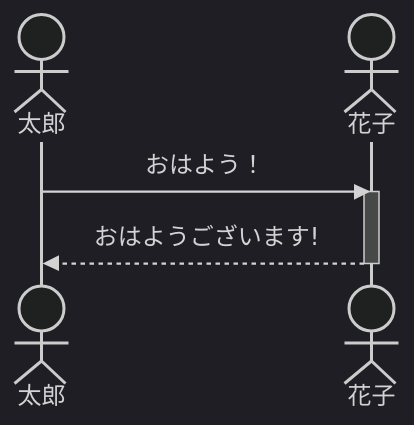
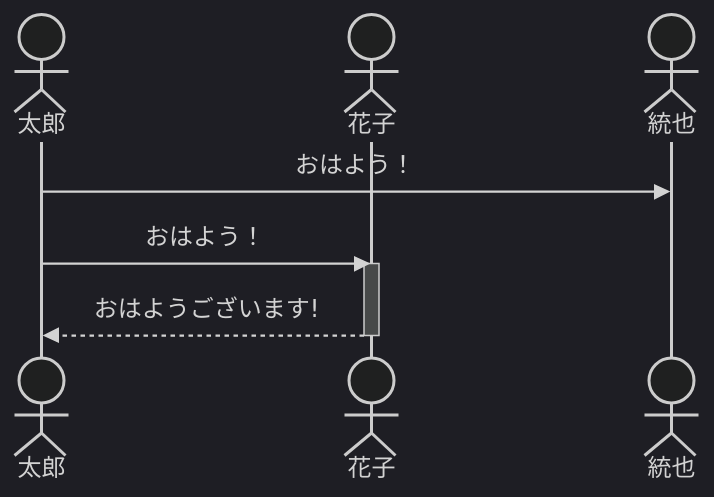
Before and after one commit to KinoshitaToya/mermaid_test: the second of 3 diagrams in README.md, drawn with Mermaid (dark theme).

````diff
--- a/README.md
+++ b/README.md
@@ -37,9 +37,11 @@
 ```mermaid
 sequenceDiagram
     actor 太郎
     actor 花子
+    actor 統也
+    太郎->>統也: おはよう！
     太郎->>花子: おはよう！
     activate 花子
     花子-->>太郎: おはようございます!
     deactivate 花子
 ```
````
